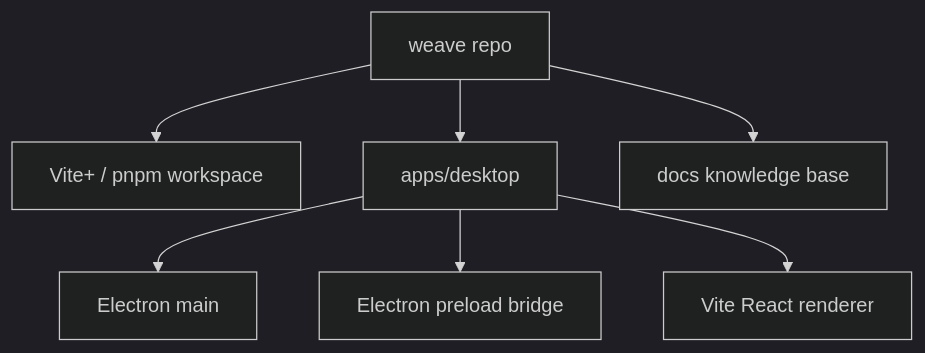
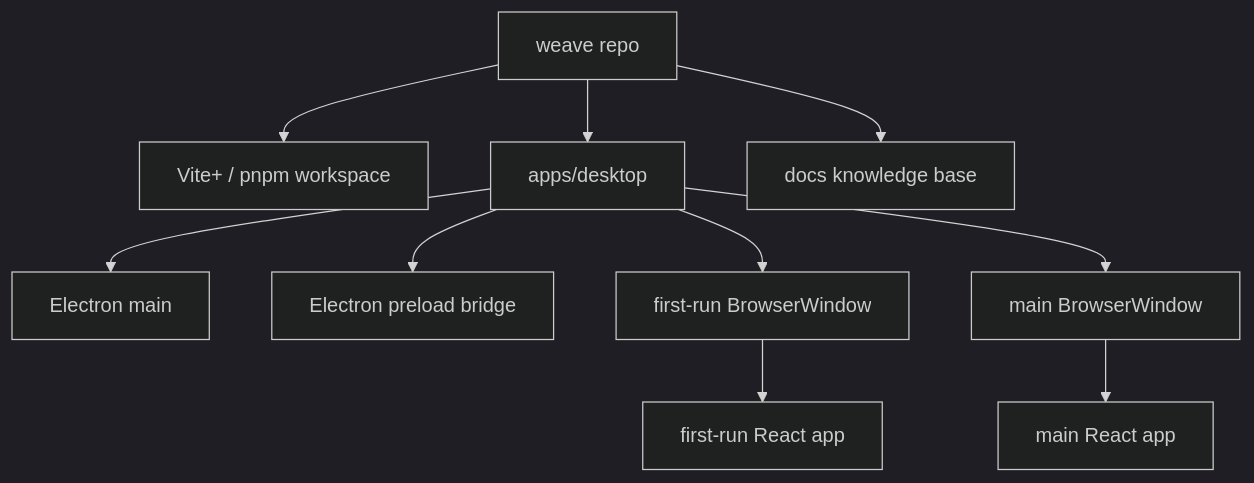
The first of 2 diagrams in docs/project-structure.md (deweyou/weave), drawn with Mermaid (dark theme) before and after one commit. The commit also changed other lines of this file and 37 other files, not shown here.

Commit message:
feat: add first-run onboarding shell

````diff
--- a/docs/project-structure.md
+++ b/docs/project-structure.md
@@ -3,9 +3,12 @@
 ```mermaid
 flowchart TD
     Repo["weave repo"] --> Tools["Vite+ / pnpm workspace"]
     Repo --> Desktop["apps/desktop"]
     Repo --> Docs["docs knowledge base"]
     Desktop --> Main["Electron main"]
     Desktop --> Preload["Electron preload bridge"]
-    Desktop --> Renderer["Vite React renderer"]
+    Desktop --> FirstRunWindow["first-run BrowserWindow"]
+    Desktop --> MainWindow["main BrowserWindow"]
+    FirstRunWindow --> FirstRunRenderer["first-run React app"]
+    MainWindow --> MainRenderer["main React app"]
 ```
````
